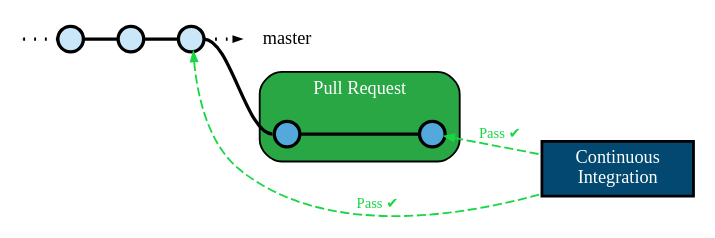
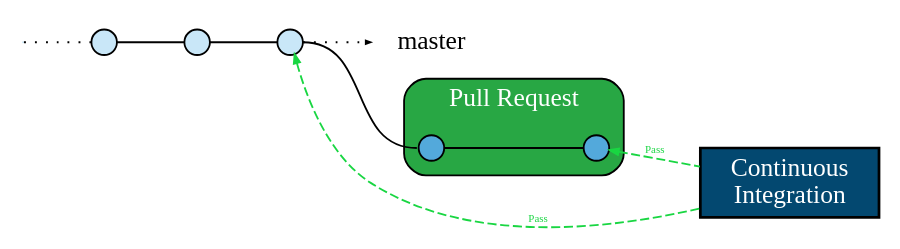
Before and after one commit to Mergifyio/mergify: the diagram in docs/source/actions/strict-mode-master-pr-ci-pass.dot, drawn with Graphviz. The commit also changed 6 other files, not shown here.

First line of the commit message:
docs(merge): clean graphs

```diff
--- a/docs/source/actions/strict-mode-master-pr-ci-pass.dot
+++ b/docs/source/actions/strict-mode-master-pr-ci-pass.dot
@@ -1,66 +1,62 @@
 strict digraph g {
     rankdir="LR";
-    nodesep=0.25;
-    ranksep=0.25;
     forcelabels=false;
     newrank=false;
-    fontname="Inconsolata Regular";
-    fontsize="10pt";
 
     // general
-    node [style=filled, color="black", fontcolor="black", fontsize="10pt", fontname="Inconsolata Regular"];
-    edge [color="black", arrowhead=none, penwidth=1.8, fontname="Inconsolata Regular"];
+    node [style=filled, color="black", fontcolor="black"];
+    edge [color="black", arrowhead=none];
 
     // graph
-    node [width=0.2, height=0.2, fixedsize=true, label="", shape=circle, penwidth=1.8, fillcolor="#FF0000"]
+    node [width=0.2, height=0.2, fixedsize=true, label="", shape=circle, fillcolor="#FF0000"]
 
 
     subgraph master {
         node [group="master", fillcolor="#C9E7F8"];
         ms;
         m0;
         m1;
         m2;
         me;
 
         ms:e -> m0:w [style=dotted, arrowhead=none];
         m0:e -> m1:w;
         m1:e -> m2:w;
         m2:e -> me:w [style=dotted, arrowhead=normal, arrowsize=0.25];
     }
 
     subgraph {
         rank=min;
         ms [width=0, height=0, penwidth=0];
     }
 
     subgraph {
         rank=sink;
         me [label="master", shape=none, fixedsize=false, fillcolor=none, fontcolor=black];
     }
 
     subgraph pr {
         subgraph cluster_pr {
             subgraph {
                 rank=same;
                 pr11 [group="pr", fillcolor="#53A9DB"];
             }
             label="Pull Request";
             style="rounded,filled";
             fillcolor="#28A744";
             fontcolor="white";
             pr12 [group="pr", fillcolor="#53A9DB"];
             pr11 -> pr12;
         }
     }
 
     m2:e -> pr11:w;
 
     subgraph ci {
         // CI connections
         ci [label="Continuous\nIntegration", fixedsize=false, shape="box", style="filled", fillcolor="#034870", fontcolor=white, penwidth=1.5]
-        edge [arrowhead=none, style=dashed, arrowsize=0.5, arrowtail=normal, color="#19d642", dir=both, penwidth=1, label="Pass ✔", fontcolor="#19d642", fontsize="8pt"];
+        edge [arrowhead=none, style=dashed, arrowsize=0.5, arrowtail=normal, color="#19d642", dir=both, penwidth=1, label="Pass", fontcolor="#19d642", fontsize="6pt"];
         pr12 -> ci;
         m2 -> ci;
     }
 }
```
